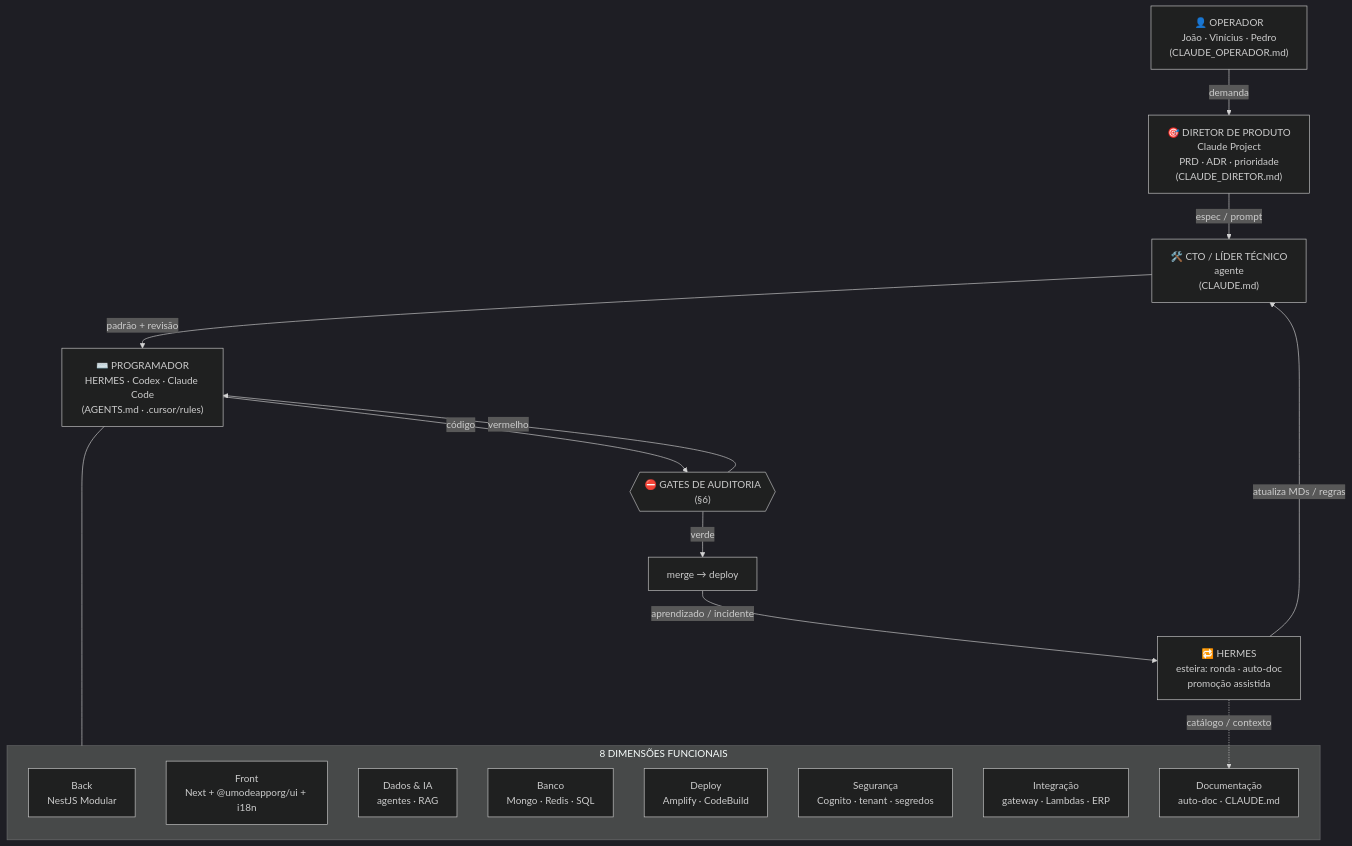
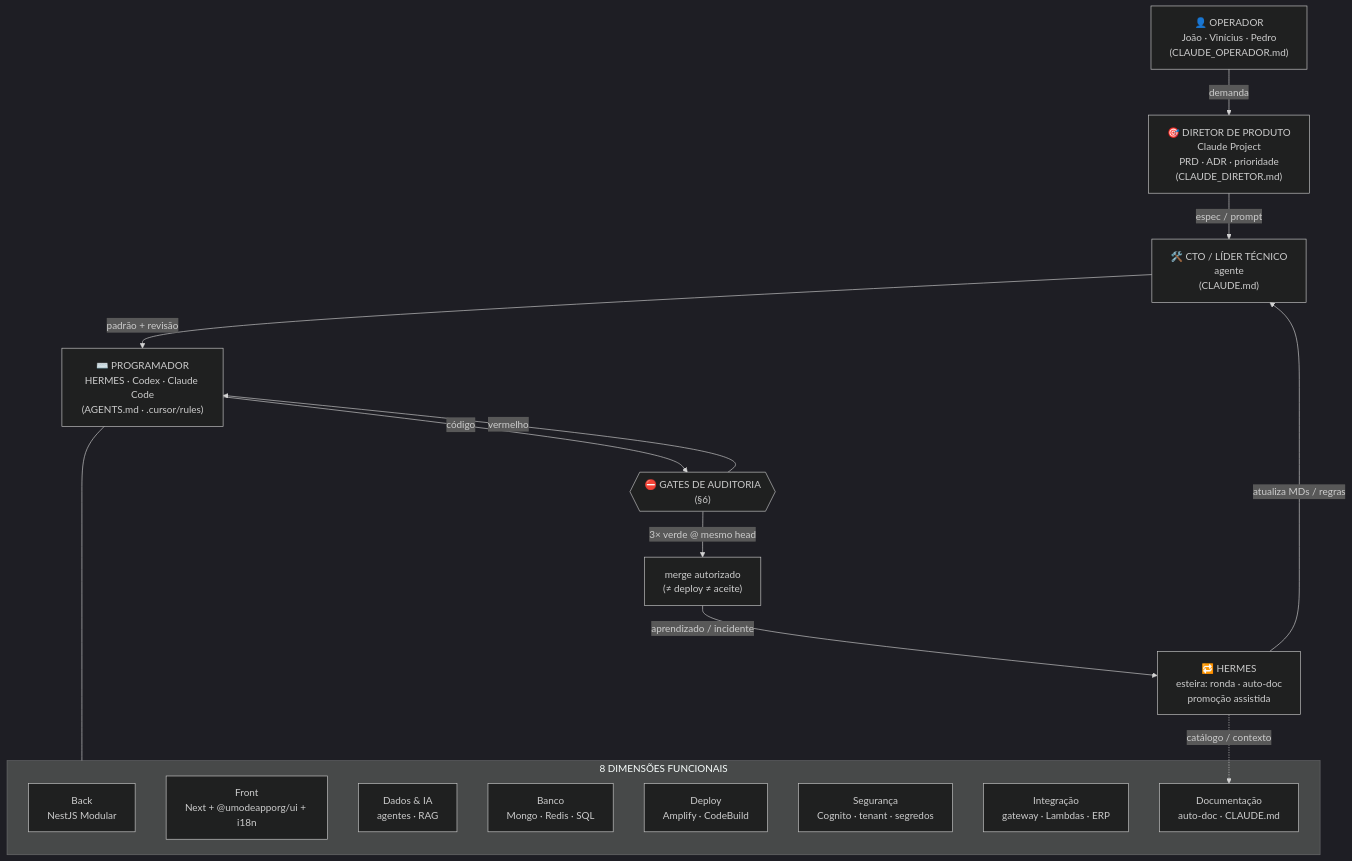
One commit to HyTrackWater/brainhub-umode changed the first of 4 diagrams in uMode/04_Dados-e-IA/_protocolos/governanca-squad-desenvolvimento.md. Above: the diagram before and after it, drawn with Mermaid (dark theme). The commit also changed other lines of this file and 2 other files, not shown here.

````diff
--- a/uMode/04_Dados-e-IA/_protocolos/governanca-squad-desenvolvimento.md
+++ b/uMode/04_Dados-e-IA/_protocolos/governanca-squad-desenvolvimento.md
@@ -70,32 +84,32 @@
 ```mermaid
 flowchart TB
     OP["👤 OPERADOR<br/>João · Vinícius · Pedro<br/>(CLAUDE_OPERADOR.md)"]
     DIR["🎯 DIRETOR DE PRODUTO<br/>Claude Project<br/>PRD · ADR · prioridade<br/>(CLAUDE_DIRETOR.md)"]
     CTO["🛠️ CTO / LÍDER TÉCNICO<br/>agente<br/>(CLAUDE.md)"]
     PROG["⌨️ PROGRAMADOR<br/>HERMES · Codex · Claude Code<br/>(AGENTS.md · .cursor/rules)"]
     HERMES["🔁 HERMES<br/>esteira: ronda · auto-doc<br/>promoção assistida"]
 
     OP -->|demanda| DIR
     DIR -->|espec / prompt| CTO
     CTO -->|padrão + revisão| PROG
     PROG -->|código| GATES
 
     subgraph DIM["8 DIMENSÕES FUNCIONAIS"]
         BACK["Back<br/>NestJS Modular"]
         FRONT["Front<br/>Next + @umodeapporg/ui + i18n"]
         DADOS["Dados & IA<br/>agentes · RAG"]
         DB["Banco<br/>Mongo · Redis · SQL"]
         DEPLOY["Deploy<br/>Amplify · CodeBuild"]
         SEC["Segurança<br/>Cognito · tenant · segredos"]
         INT["Integração<br/>gateway · Lambdas · ERP"]
         DOC["Documentação<br/>auto-doc · CLAUDE.md"]
     end
 
     PROG --- DIM
     GATES{{"⛔ GATES DE AUDITORIA<br/>(§6)"}}
-    GATES -->|verde| MERGE["merge → deploy"]
+    GATES -->|3× verde @ mesmo head| MERGE["merge autorizado<br/>(≠ deploy ≠ aceite)"]
     GATES -->|vermelho| PROG
     MERGE -->|aprendizado / incidente| HERMES
     HERMES -->|atualiza MDs / regras| CTO
     HERMES -.->|catálogo / contexto| DOC
 ```
````
